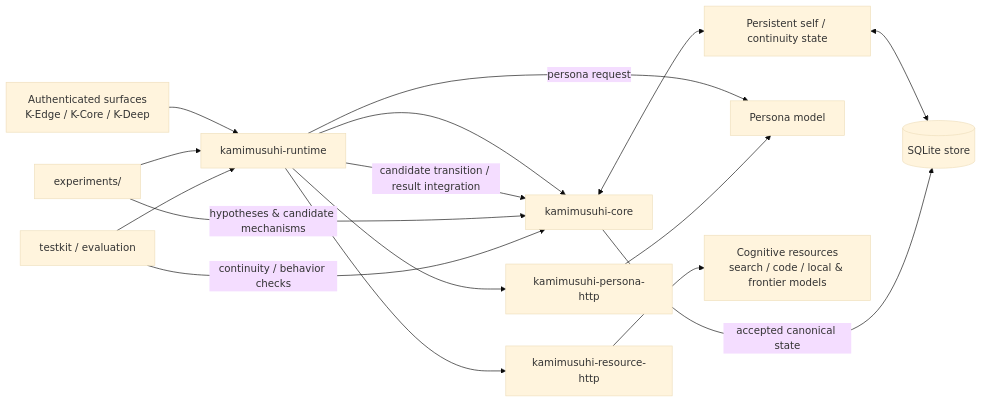
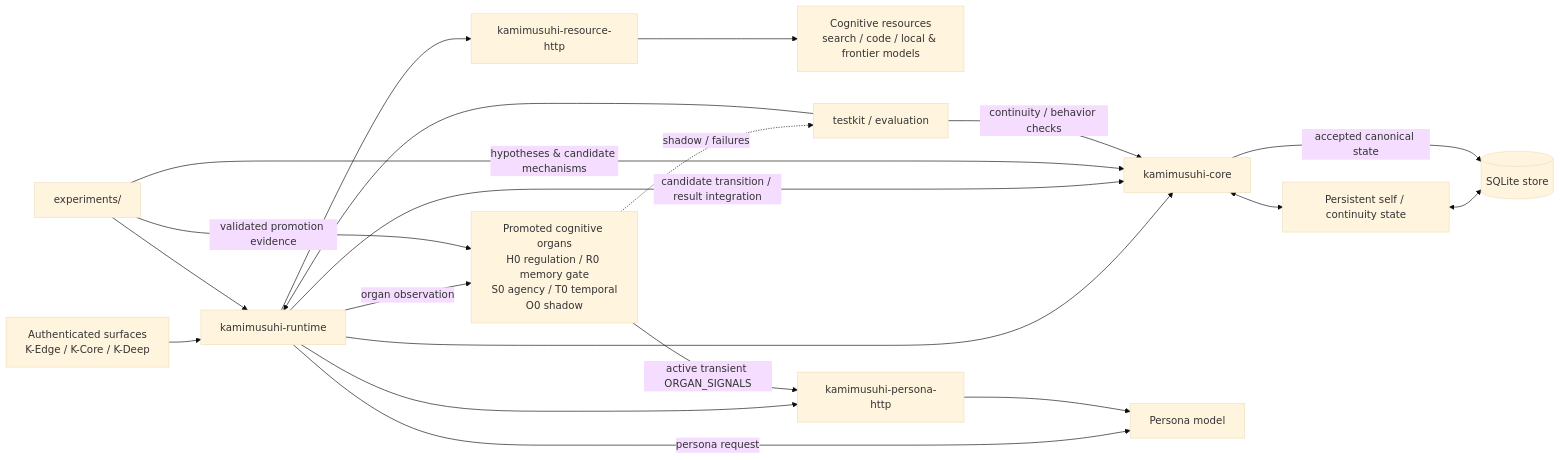
The second of 3 diagrams in structure.md (eightman999/kamimusuhi), drawn with Mermaid (base theme) before and after one commit. The commit also changed other lines of this file, not shown here.

Commit message:
docs: show promoted experimental organs in runtime map

````diff
--- a/structure.md
+++ b/structure.md
@@ -43,32 +43,38 @@
 ```mermaid
 flowchart LR
     SURF["Authenticated surfaces\nK-Edge / K-Core / K-Deep"]
     RT["kamimusuhi-runtime"]
     KC["kamimusuhi-core"]
     PS["Persistent self / continuity state"]
     DB[("SQLite store")]
     PCM["Persona model"]
     RES["Cognitive resources\nsearch / code / local & frontier models"]
     EXP["experiments/"]
+    ORG["Promoted cognitive organs\nH0 regulation / R0 memory gate\nS0 agency / T0 temporal\nO0 shadow"]
     TK["testkit / evaluation"]
 
     SURF --> RT
     RT --> KC
     KC <--> PS
     PS <--> DB
 
     RT -->|persona request| PCM
     PERSONA_ADAPTER["kamimusuhi-persona-http"] --> PCM
     RT --> PERSONA_ADAPTER
 
     RT --> RESOURCE_ADAPTER["kamimusuhi-resource-http"]
     RESOURCE_ADAPTER --> RES
 
+    RT -->|organ observation| ORG
+    EXP -->|validated promotion evidence| ORG
+    ORG -->|active transient ORGAN_SIGNALS| PERSONA_ADAPTER
+    ORG -. shadow / failures .-> TK
+
     RT -->|candidate transition / result integration| KC
     KC -->|accepted canonical state| DB
 
     EXP -->|hypotheses & candidate mechanisms| KC
     EXP --> RT
     TK -->|continuity / behavior checks| KC
     TK --> RT
 ```
````
